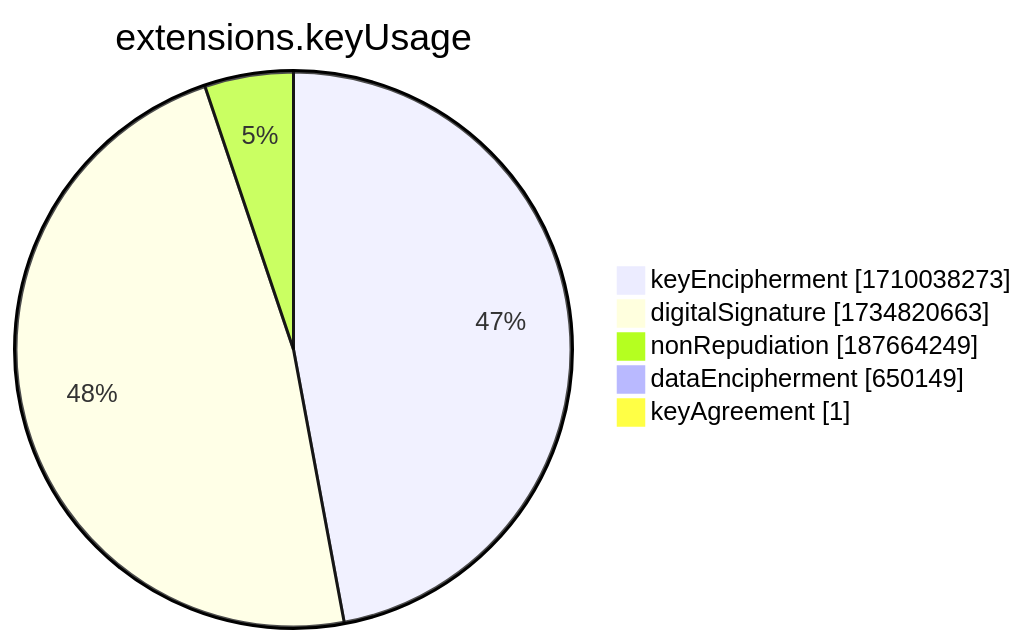
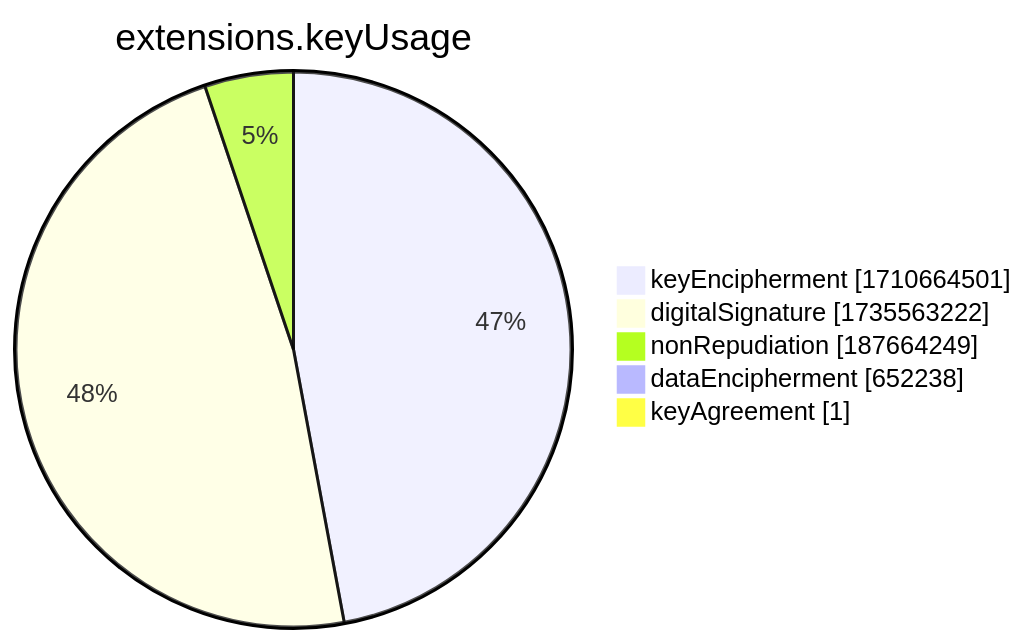
Before and after one commit to christiankrug/ctmonitor_visualization: the seventh of 15 diagrams in xenon2022/README.md, drawn with Mermaid. The commit also changed other lines of this file, not shown here.

````diff
--- a/xenon2022/README.md
+++ b/xenon2022/README.md
@@ -2858,9 +2858,9 @@
 ```mermaid
 pie showData
 title extensions.keyUsage
-"keyEncipherment" :1710038273
-"digitalSignature" :1734820663
+"keyEncipherment" :1710664501
+"digitalSignature" :1735563222
 "nonRepudiation" :187664249
-"dataEncipherment" :650149
+"dataEncipherment" :652238
 "keyAgreement" :1
 ```
````
